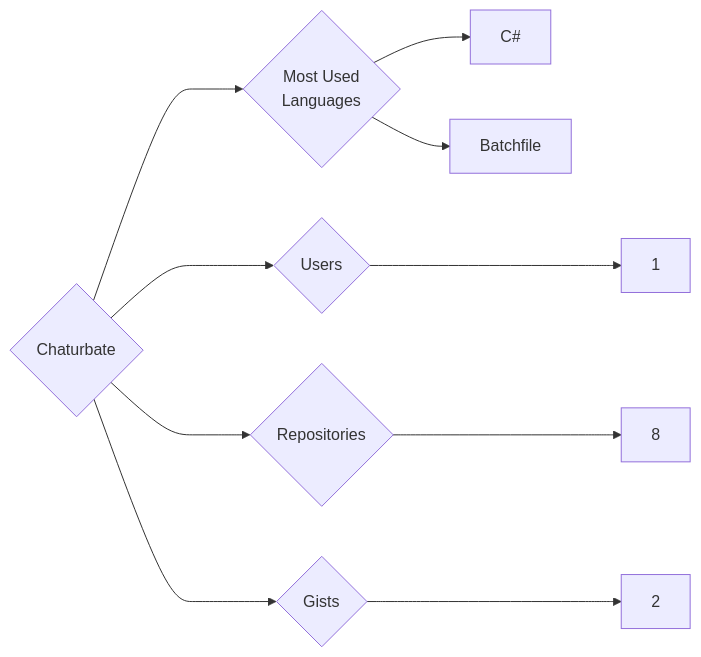
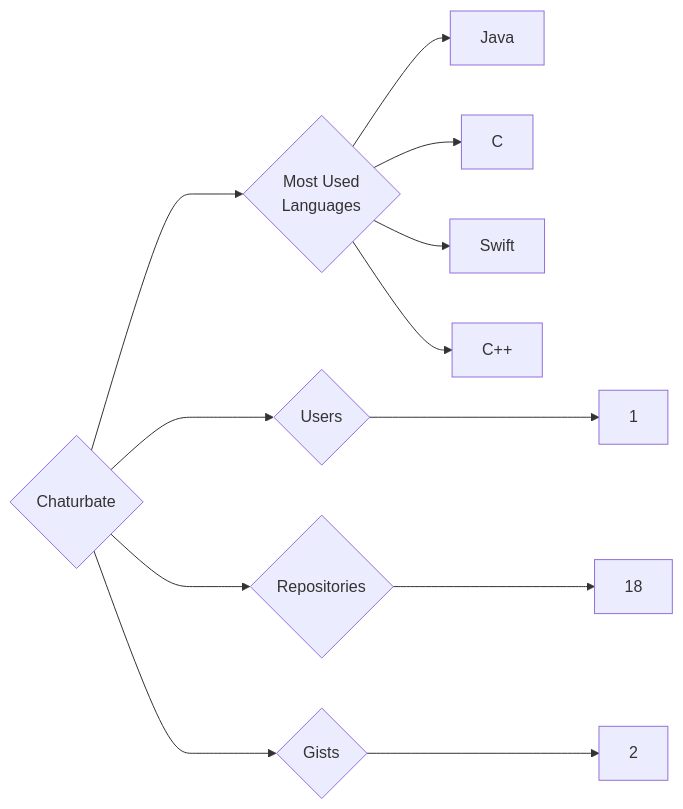
The diagram in targets/Chaturbate/README.md (trickest/insiders), drawn with Mermaid before and after one commit. The commit also changed 1238 other files, not shown here.

````diff
--- a/targets/Chaturbate/README.md
+++ b/targets/Chaturbate/README.md
@@ -3,10 +3,12 @@
 ```mermaid
 graph LR
 COMPANY_NAME{Chaturbate}
 COMPANY_NAME ---> U{Users} ---> UN[1]
-COMPANY_NAME ---> R{Repositories} ---> RN[8]
+COMPANY_NAME ---> R{Repositories} ---> RN[18]
 COMPANY_NAME ---> G{Gists} ---> GN[2]
 COMPANY_NAME ---> ML{Most Used<br>Languages}
-ML --> C#[C#]
-ML --> Batchfile[Batchfile]
+ML --> Java[Java]
+ML --> C[C]
+ML --> Swift[Swift]
+ML --> C++[C++]
 ```
````
